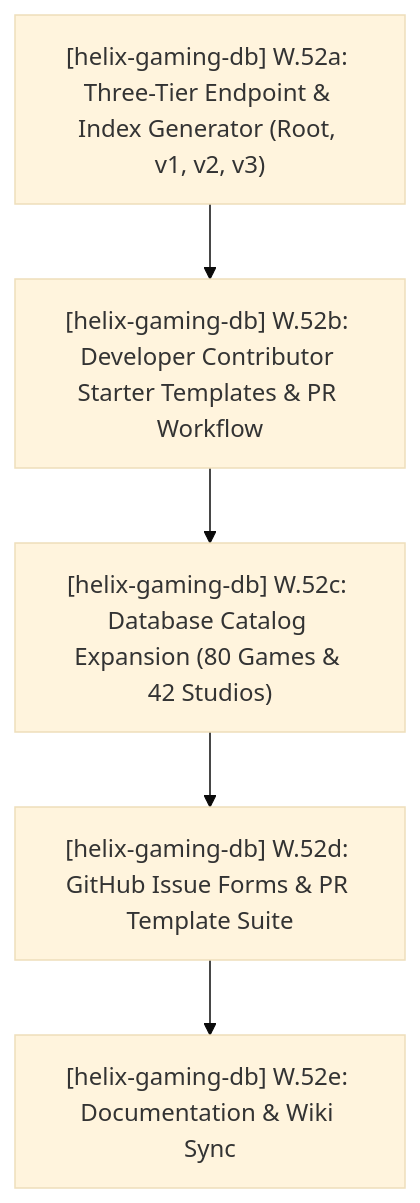
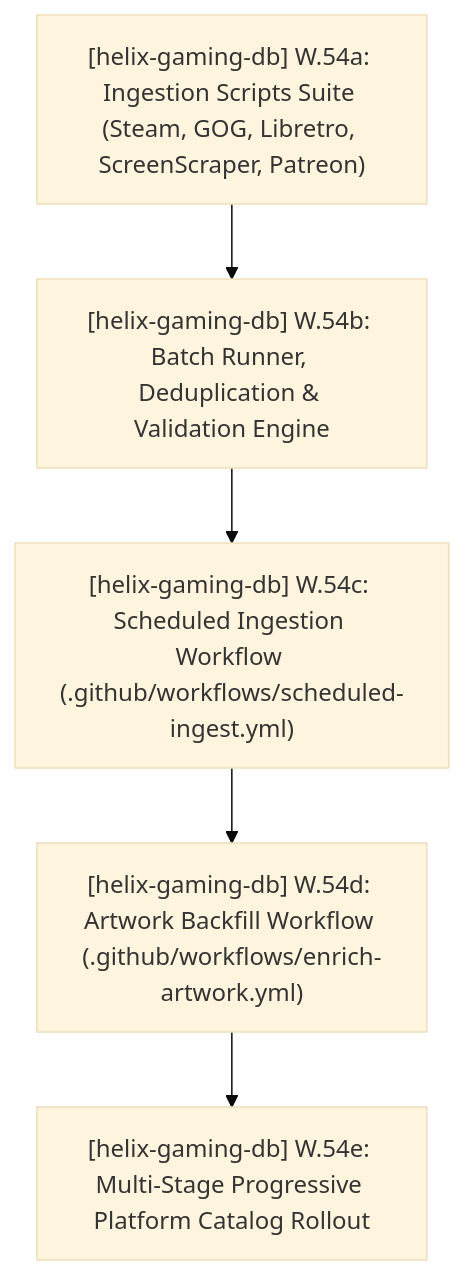
Before and after one commit to HELIX-Origin/agents: the first of 2 diagrams in PLAN.md, drawn with Mermaid (base theme). The commit also changed other lines of this file and 5 other files, not shown here.

Commit message:
docs(ecosystem): log multi-platform metadata expansion, auto-merge workflows & UGL v1.4.1

````diff
--- a/PLAN.md
+++ b/PLAN.md
@@ -27,7 +27,7 @@
 ```mermaid
 flowchart TD
-    S29_1["[helix-gaming-db] W.52a: Three-Tier Endpoint & Index Generator (Root, v1, v2, v3)"] --> S29_2["[helix-gaming-db] W.52b: Developer Contributor Starter Templates & PR Workflow"]
-    S29_2 --> S29_3["[helix-gaming-db] W.52c: Database Catalog Expansion (80 Games & 42 Studios)"]
-    S29_3 --> S29_4["[helix-gaming-db] W.52d: GitHub Issue Forms & PR Template Suite"]
-    S29_4 --> S29_5["[helix-gaming-db] W.52e: Documentation & Wiki Sync"]
+    S31_1["[helix-gaming-db] W.54a: Ingestion Scripts Suite (Steam, GOG, Libretro, ScreenScraper, Patreon)"] --> S31_2["[helix-gaming-db] W.54b: Batch Runner, Deduplication & Validation Engine"]
+    S31_2 --> S31_3["[helix-gaming-db] W.54c: Scheduled Ingestion Workflow (.github/workflows/scheduled-ingest.yml)"]
+    S31_3 --> S31_4["[helix-gaming-db] W.54d: Artwork Backfill Workflow (.github/workflows/enrich-artwork.yml)"]
+    S31_4 --> S31_5["[helix-gaming-db] W.54e: Multi-Stage Progressive Platform Catalog Rollout"]
 ```
````
